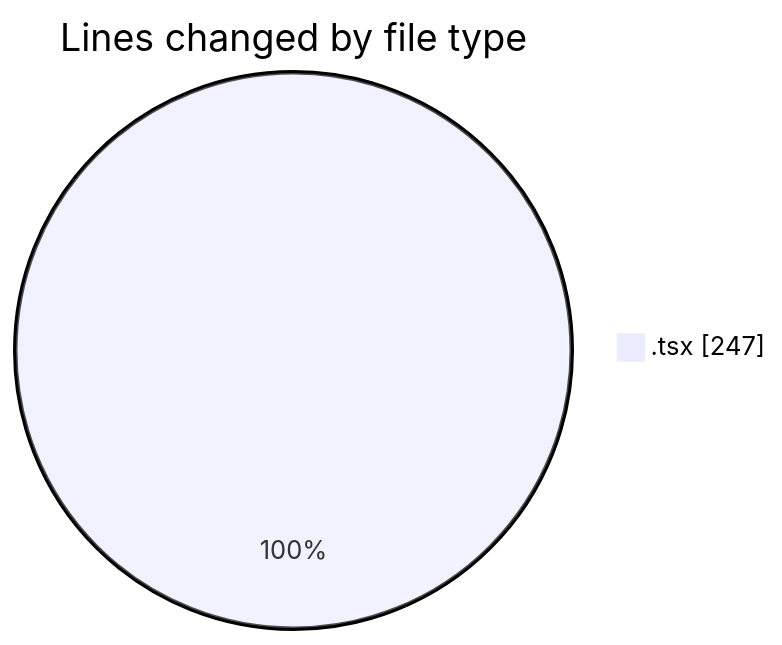
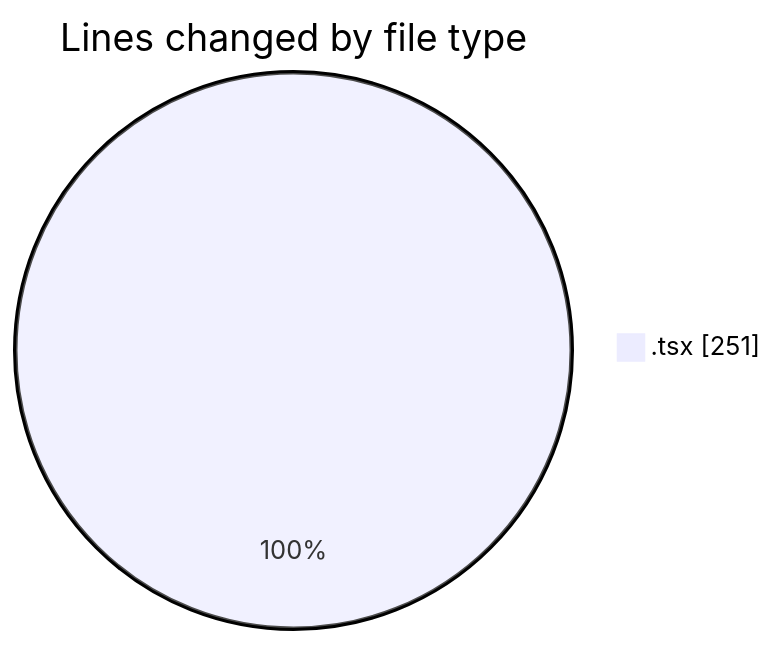
Before and after one commit to momahboobian/code-tracking: the first of 2 diagrams in 2025-06-12/cda/README.md, drawn with Mermaid. The commit also changed other lines of this file and 1 other file, not shown here.

````diff
--- a/2025-06-12/cda/README.md
+++ b/2025-06-12/cda/README.md
@@ -20,5 +20,5 @@
 ```mermaid
 pie showData
 title Lines changed by file type
-".tsx" : 247
+".tsx" : 251
 ```
````
